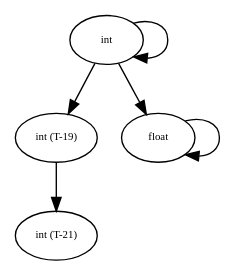
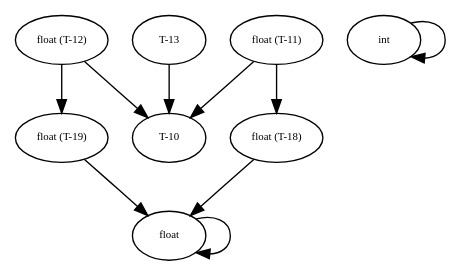
Before and after one commit to amso100/livescript-declarations: the diagram in graphs/debug_tree1.dot, drawn with Graphviz. The commit also changed 12 other files, not shown here.

```diff
--- a/graphs/debug_tree1.dot
+++ b/graphs/debug_tree1.dot
@@ -1,41 +1,77 @@
 digraph RGL__DirectedAdjacencyGraph {
-    "int (T-19)" [
+    float [
         fontsize = 8,
-        label = "int (T-19)"
+        label = float
     ]
 
-    "int (T-21)" [
+    "float (T-19)" [
         fontsize = 8,
-        label = "int (T-21)"
+        label = "float (T-19)"
+    ]
+
+    "float (T-18)" [
+        fontsize = 8,
+        label = "float (T-18)"
+    ]
+
+    "float (T-12)" [
+        fontsize = 8,
+        label = "float (T-12)"
+    ]
+
+    "T-10" [
+        fontsize = 8,
+        label = "T-10"
+    ]
+
+    "float (T-11)" [
+        fontsize = 8,
+        label = "float (T-11)"
+    ]
+
+    "T-13" [
+        fontsize = 8,
+        label = "T-13"
     ]
 
     int [
         fontsize = 8,
         label = int
     ]
 
-    float [
-        fontsize = 8,
-        label = float
-    ]
-
-    "int (T-19)" -> "int (T-21)" [
+    float -> float [
         fontsize = 8
     ]
 
-    int -> "int (T-19)" [
+    "float (T-19)" -> float [
+        fontsize = 8
+    ]
+
+    "float (T-18)" -> float [
+        fontsize = 8
+    ]
+
+    "float (T-12)" -> "float (T-19)" [
+        fontsize = 8
+    ]
+
+    "float (T-12)" -> "T-10" [
+        fontsize = 8
+    ]
+
+    "float (T-11)" -> "float (T-18)" [
+        fontsize = 8
+    ]
+
+    "float (T-11)" -> "T-10" [
+        fontsize = 8
+    ]
+
+    "T-13" -> "T-10" [
         fontsize = 8
     ]
 
     int -> int [
         fontsize = 8
     ]
-
-    int -> float [
-        fontsize = 8
-    ]
-
-    float -> float [
-        fontsize = 8
-    ]
 }
```
